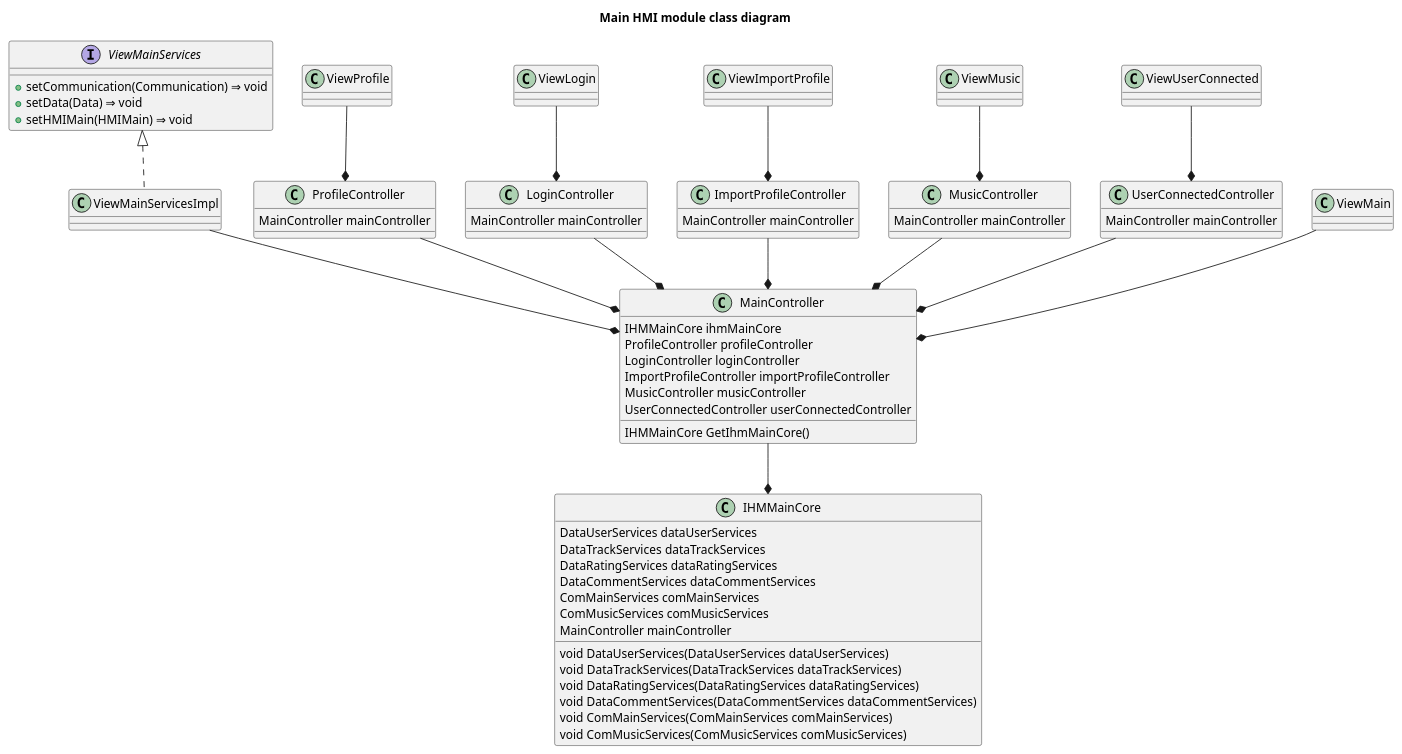
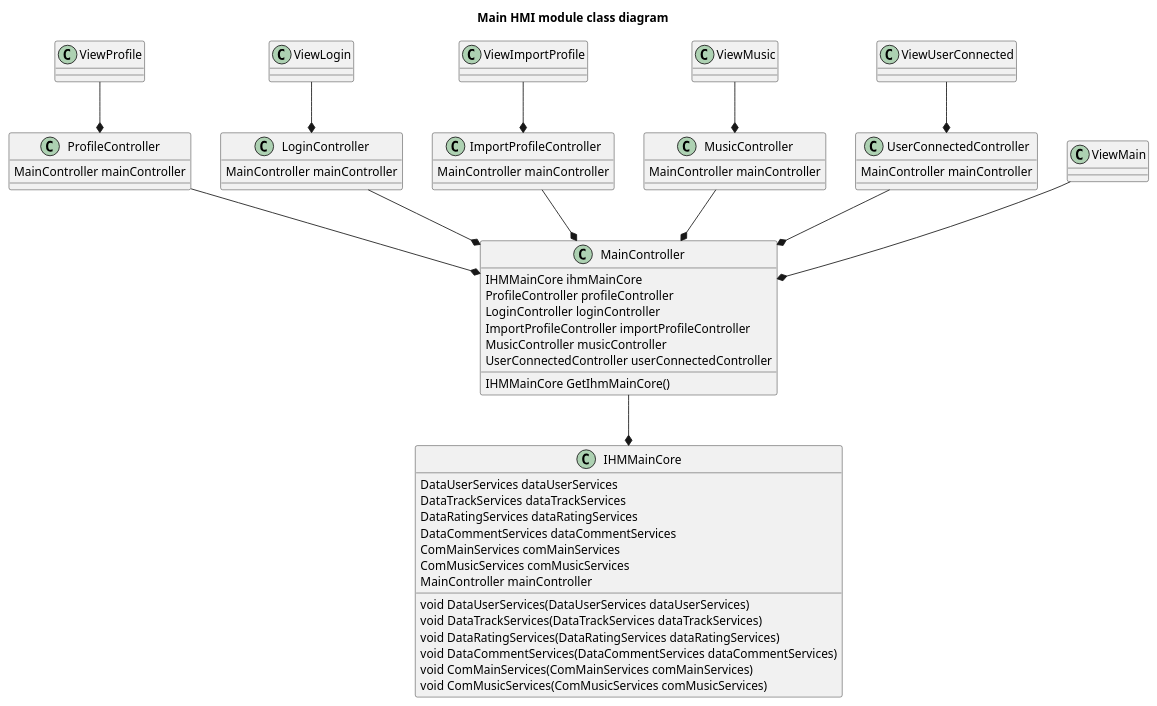
The diagram in class/hmi_main.puml (UTCAI12/Diagrams), drawn with PlantUML before and after one commit.

Commit message:
remove changes

```diff
--- a/class/hmi_main.puml
+++ b/class/hmi_main.puml
@@ -1,87 +1,78 @@
 @startuml Main HMI module class diagram
 title Main HMI module class diagram
-    interface ViewMainServices  {
-    + setCommunication(Communication) ⇒ void
-    + setData(Data) ⇒ void
-    + setHMIMain(HMIMain) ⇒ void
-    }
-
-    class ViewMainServicesImpl implements ViewMainServices {
-    }
 
     class IHMMainCore {
         DataUserServices dataUserServices
         DataTrackServices dataTrackServices
         DataRatingServices dataRatingServices
         DataCommentServices dataCommentServices
         ComMainServices comMainServices
         ComMusicServices comMusicServices
         MainController mainController
 
         void DataUserServices(DataUserServices dataUserServices)
         void DataTrackServices(DataTrackServices dataTrackServices)
         void DataRatingServices(DataRatingServices dataRatingServices)
         void DataCommentServices(DataCommentServices dataCommentServices)
         void ComMainServices(ComMainServices comMainServices)
         void ComMusicServices(ComMusicServices comMusicServices)
     }
 
 
     class ProfileController {
         MainController mainController
     }
 
     class LoginController {
         MainController mainController
     }
 
     class ImportProfileController {
         MainController mainController
     }
 
     class MusicController {
         MainController mainController
     }
 
     class UserConnectedController {
         MainController mainController
     }
 
 
     class ViewProfile
     class ViewLogin
     class ViewImportProfile
     class ViewMusic
     class ViewUserConnected
     class ViewMain
 
 
     class MainController {
         IHMMainCore ihmMainCore
         ProfileController profileController
         LoginController loginController
         ImportProfileController importProfileController
         MusicController musicController
         UserConnectedController userConnectedController
 
         IHMMainCore GetIhmMainCore()
     }
 
     ViewProfile --* ProfileController
     ViewLogin --* LoginController
     ViewImportProfile --* ImportProfileController
     ViewMusic --* MusicController
     ViewUserConnected --* UserConnectedController
     ViewMain --* MainController
 
 
     MainController --* IHMMainCore
 
     ProfileController --* MainController
     LoginController --* MainController
     ImportProfileController --* MainController
     MusicController --* MainController
     UserConnectedController --* MainController
-    ViewMainServicesImpl --* MainController
 
 @enduml
```
